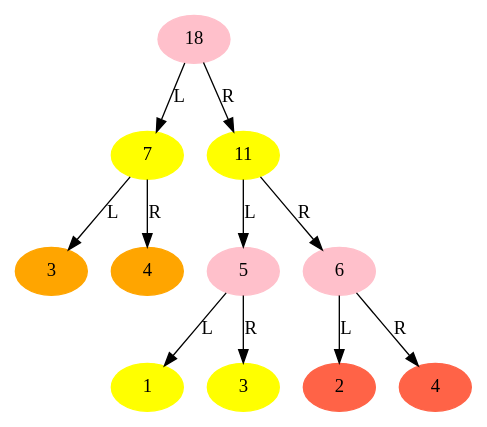
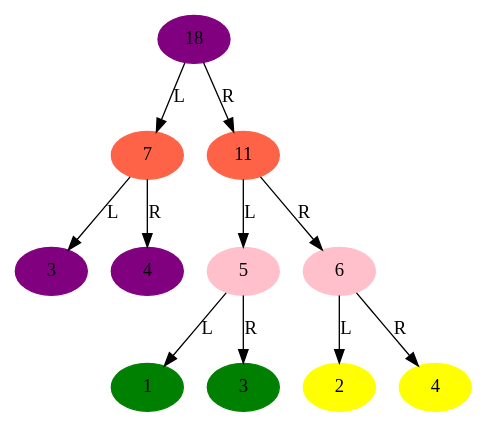
The diagram in btree/output/tree.gv (Batman001/leetcode_in_python), drawn with Graphviz before and after one commit. The commit also changed 11 other files, not shown here.

```diff
--- a/btree/output/tree.gv
+++ b/btree/output/tree.gv
@@ -1,24 +1,24 @@
 // Binary Tree
 digraph {
-	"eb7d5dd2-2139-11ea-9cab-4074e04adad9" [label=18 color=pink style=filled]
-	"eb7d5dd3-2139-11ea-b598-4074e04adad9" [label=7 color=yellow style=filled]
-	"eb7d5dd2-2139-11ea-9cab-4074e04adad9" -> "eb7d5dd3-2139-11ea-b598-4074e04adad9" [label=L]
-	"eb7d5dd4-2139-11ea-bf2d-4074e04adad9" [label=3 color=orange style=filled]
-	"eb7d5dd3-2139-11ea-b598-4074e04adad9" -> "eb7d5dd4-2139-11ea-bf2d-4074e04adad9" [label=L]
-	"eb7d5dd5-2139-11ea-8ac6-4074e04adad9" [label=4 color=orange style=filled]
-	"eb7d5dd3-2139-11ea-b598-4074e04adad9" -> "eb7d5dd5-2139-11ea-8ac6-4074e04adad9" [label=R]
-	"eb7d5dd6-2139-11ea-ad92-4074e04adad9" [label=11 color=yellow style=filled]
-	"eb7d5dd2-2139-11ea-9cab-4074e04adad9" -> "eb7d5dd6-2139-11ea-ad92-4074e04adad9" [label=R]
-	"eb7d5dd7-2139-11ea-82df-4074e04adad9" [label=5 color=pink style=filled]
-	"eb7d5dd6-2139-11ea-ad92-4074e04adad9" -> "eb7d5dd7-2139-11ea-82df-4074e04adad9" [label=L]
-	"eb7d5dd8-2139-11ea-a5bb-4074e04adad9" [label=1 color=yellow style=filled]
-	"eb7d5dd7-2139-11ea-82df-4074e04adad9" -> "eb7d5dd8-2139-11ea-a5bb-4074e04adad9" [label=L]
-	"eb7d5dd9-2139-11ea-859f-4074e04adad9" [label=3 color=yellow style=filled]
-	"eb7d5dd7-2139-11ea-82df-4074e04adad9" -> "eb7d5dd9-2139-11ea-859f-4074e04adad9" [label=R]
-	"eb7d5dda-2139-11ea-98e1-4074e04adad9" [label=6 color=pink style=filled]
-	"eb7d5dd6-2139-11ea-ad92-4074e04adad9" -> "eb7d5dda-2139-11ea-98e1-4074e04adad9" [label=R]
-	"eb7d5ddb-2139-11ea-b43d-4074e04adad9" [label=2 color=tomato style=filled]
-	"eb7d5dda-2139-11ea-98e1-4074e04adad9" -> "eb7d5ddb-2139-11ea-b43d-4074e04adad9" [label=L]
-	"eb7d5ddc-2139-11ea-bbdb-4074e04adad9" [label=4 color=tomato style=filled]
-	"eb7d5dda-2139-11ea-98e1-4074e04adad9" -> "eb7d5ddc-2139-11ea-bbdb-4074e04adad9" [label=R]
+	"4db93468-a1aa-11eb-b4b0-1e00da1ed869" [label=18 color=purple style=filled]
+	"4db93724-a1aa-11eb-b4b0-1e00da1ed869" [label=7 color=tomato style=filled]
+	"4db93468-a1aa-11eb-b4b0-1e00da1ed869" -> "4db93724-a1aa-11eb-b4b0-1e00da1ed869" [label=L]
+	"4db9383c-a1aa-11eb-b4b0-1e00da1ed869" [label=3 color=purple style=filled]
+	"4db93724-a1aa-11eb-b4b0-1e00da1ed869" -> "4db9383c-a1aa-11eb-b4b0-1e00da1ed869" [label=L]
+	"4db9390e-a1aa-11eb-b4b0-1e00da1ed869" [label=4 color=purple style=filled]
+	"4db93724-a1aa-11eb-b4b0-1e00da1ed869" -> "4db9390e-a1aa-11eb-b4b0-1e00da1ed869" [label=R]
+	"4db939d6-a1aa-11eb-b4b0-1e00da1ed869" [label=11 color=tomato style=filled]
+	"4db93468-a1aa-11eb-b4b0-1e00da1ed869" -> "4db939d6-a1aa-11eb-b4b0-1e00da1ed869" [label=R]
+	"4db93a94-a1aa-11eb-b4b0-1e00da1ed869" [label=5 color=pink style=filled]
+	"4db939d6-a1aa-11eb-b4b0-1e00da1ed869" -> "4db93a94-a1aa-11eb-b4b0-1e00da1ed869" [label=L]
+	"4db93b48-a1aa-11eb-b4b0-1e00da1ed869" [label=1 color=green style=filled]
+	"4db93a94-a1aa-11eb-b4b0-1e00da1ed869" -> "4db93b48-a1aa-11eb-b4b0-1e00da1ed869" [label=L]
+	"4db93bfc-a1aa-11eb-b4b0-1e00da1ed869" [label=3 color=green style=filled]
+	"4db93a94-a1aa-11eb-b4b0-1e00da1ed869" -> "4db93bfc-a1aa-11eb-b4b0-1e00da1ed869" [label=R]
+	"4db93cb0-a1aa-11eb-b4b0-1e00da1ed869" [label=6 color=pink style=filled]
+	"4db939d6-a1aa-11eb-b4b0-1e00da1ed869" -> "4db93cb0-a1aa-11eb-b4b0-1e00da1ed869" [label=R]
+	"4db93d64-a1aa-11eb-b4b0-1e00da1ed869" [label=2 color=yellow style=filled]
+	"4db93cb0-a1aa-11eb-b4b0-1e00da1ed869" -> "4db93d64-a1aa-11eb-b4b0-1e00da1ed869" [label=L]
+	"4db93e22-a1aa-11eb-b4b0-1e00da1ed869" [label=4 color=yellow style=filled]
+	"4db93cb0-a1aa-11eb-b4b0-1e00da1ed869" -> "4db93e22-a1aa-11eb-b4b0-1e00da1ed869" [label=R]
 }
```
